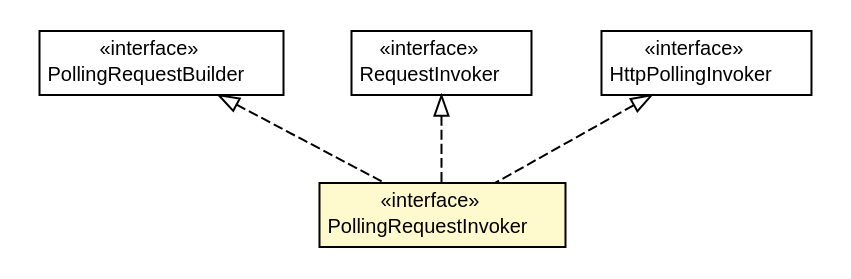
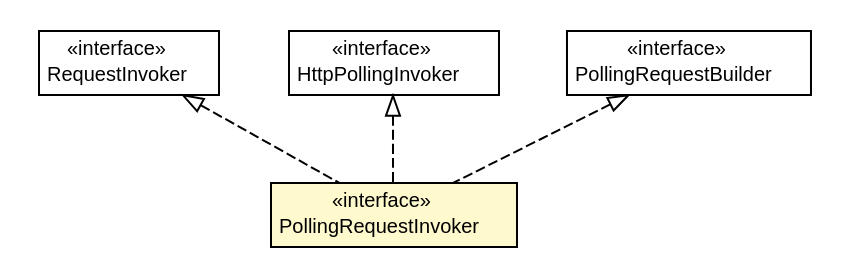
Before and after one commit to reinert/requestor: the diagram in latest/javadoc/apidocs/io/reinert/requestor/core/PollingRequestInvoker.dot, drawn with Graphviz. The commit also changed 1696 other files, not shown here.

```diff
--- a/latest/javadoc/apidocs/io/reinert/requestor/core/PollingRequestInvoker.dot
+++ b/latest/javadoc/apidocs/io/reinert/requestor/core/PollingRequestInvoker.dot
@@ -1,46 +1,46 @@
 #!/usr/local/bin/dot
 #
 # Class diagram 
 # Generated by UMLGraph version R5_6-24-gf6e263 (http://www.umlgraph.org/)
 #
 
 digraph G {
 	edge [fontname="Helvetica",fontsize=10,labelfontname="Helvetica",labelfontsize=10];
 	node [fontname="Helvetica",fontsize=10,shape=plaintext];
 	nodesep=0.25;
 	ranksep=0.5;
+	// io.reinert.requestor.core.RequestInvoker
+	c53699 [label=<<table title="io.reinert.requestor.core.RequestInvoker" border="0" cellborder="1" cellspacing="0" cellpadding="2" port="p" href="./RequestInvoker.html">
+		<tr><td><table border="0" cellspacing="0" cellpadding="1">
+<tr><td align="center" balign="center"> &#171;interface&#187; </td></tr>
+<tr><td align="center" balign="center"> RequestInvoker </td></tr>
+		</table></td></tr>
+		</table>>, URL="./RequestInvoker.html", fontname="Helvetica", fontcolor="black", fontsize=10.0];
+	// io.reinert.requestor.core.HttpPollingInvoker
+	c53708 [label=<<table title="io.reinert.requestor.core.HttpPollingInvoker" border="0" cellborder="1" cellspacing="0" cellpadding="2" port="p" href="./HttpPollingInvoker.html">
+		<tr><td><table border="0" cellspacing="0" cellpadding="1">
+<tr><td align="center" balign="center"> &#171;interface&#187; </td></tr>
+<tr><td align="center" balign="center"> HttpPollingInvoker </td></tr>
+		</table></td></tr>
+		</table>>, URL="./HttpPollingInvoker.html", fontname="Helvetica", fontcolor="black", fontsize=10.0];
 	// io.reinert.requestor.core.PollingRequestInvoker
-	c52971 [label=<<table title="io.reinert.requestor.core.PollingRequestInvoker" border="0" cellborder="1" cellspacing="0" cellpadding="2" port="p" bgcolor="lemonChiffon" href="./PollingRequestInvoker.html">
+	c53718 [label=<<table title="io.reinert.requestor.core.PollingRequestInvoker" border="0" cellborder="1" cellspacing="0" cellpadding="2" port="p" bgcolor="lemonChiffon" href="./PollingRequestInvoker.html">
 		<tr><td><table border="0" cellspacing="0" cellpadding="1">
 <tr><td align="center" balign="center"> &#171;interface&#187; </td></tr>
 <tr><td align="center" balign="center"> PollingRequestInvoker </td></tr>
 		</table></td></tr>
 		</table>>, URL="./PollingRequestInvoker.html", fontname="Helvetica", fontcolor="black", fontsize=10.0];
 	// io.reinert.requestor.core.PollingRequestBuilder
-	c53002 [label=<<table title="io.reinert.requestor.core.PollingRequestBuilder" border="0" cellborder="1" cellspacing="0" cellpadding="2" port="p" href="./PollingRequestBuilder.html">
+	c53792 [label=<<table title="io.reinert.requestor.core.PollingRequestBuilder" border="0" cellborder="1" cellspacing="0" cellpadding="2" port="p" href="./PollingRequestBuilder.html">
 		<tr><td><table border="0" cellspacing="0" cellpadding="1">
 <tr><td align="center" balign="center"> &#171;interface&#187; </td></tr>
 <tr><td align="center" balign="center"> PollingRequestBuilder </td></tr>
 		</table></td></tr>
 		</table>>, URL="./PollingRequestBuilder.html", fontname="Helvetica", fontcolor="black", fontsize=10.0];
-	// io.reinert.requestor.core.RequestInvoker
-	c53014 [label=<<table title="io.reinert.requestor.core.RequestInvoker" border="0" cellborder="1" cellspacing="0" cellpadding="2" port="p" href="./RequestInvoker.html">
-		<tr><td><table border="0" cellspacing="0" cellpadding="1">
-<tr><td align="center" balign="center"> &#171;interface&#187; </td></tr>
-<tr><td align="center" balign="center"> RequestInvoker </td></tr>
-		</table></td></tr>
-		</table>>, URL="./RequestInvoker.html", fontname="Helvetica", fontcolor="black", fontsize=10.0];
-	// io.reinert.requestor.core.HttpPollingInvoker
-	c53039 [label=<<table title="io.reinert.requestor.core.HttpPollingInvoker" border="0" cellborder="1" cellspacing="0" cellpadding="2" port="p" href="./HttpPollingInvoker.html">
-		<tr><td><table border="0" cellspacing="0" cellpadding="1">
-<tr><td align="center" balign="center"> &#171;interface&#187; </td></tr>
-<tr><td align="center" balign="center"> HttpPollingInvoker </td></tr>
-		</table></td></tr>
-		</table>>, URL="./HttpPollingInvoker.html", fontname="Helvetica", fontcolor="black", fontsize=10.0];
 	//io.reinert.requestor.core.PollingRequestInvoker implements io.reinert.requestor.core.PollingRequestBuilder
-	c53002:p -> c52971:p [dir=back,arrowtail=empty,style=dashed];
+	c53792:p -> c53718:p [dir=back,arrowtail=empty,style=dashed];
 	//io.reinert.requestor.core.PollingRequestInvoker implements io.reinert.requestor.core.HttpPollingInvoker
-	c53039:p -> c52971:p [dir=back,arrowtail=empty,style=dashed];
+	c53708:p -> c53718:p [dir=back,arrowtail=empty,style=dashed];
 	//io.reinert.requestor.core.PollingRequestInvoker implements io.reinert.requestor.core.RequestInvoker
-	c53014:p -> c52971:p [dir=back,arrowtail=empty,style=dashed];
+	c53699:p -> c53718:p [dir=back,arrowtail=empty,style=dashed];
 }
```
